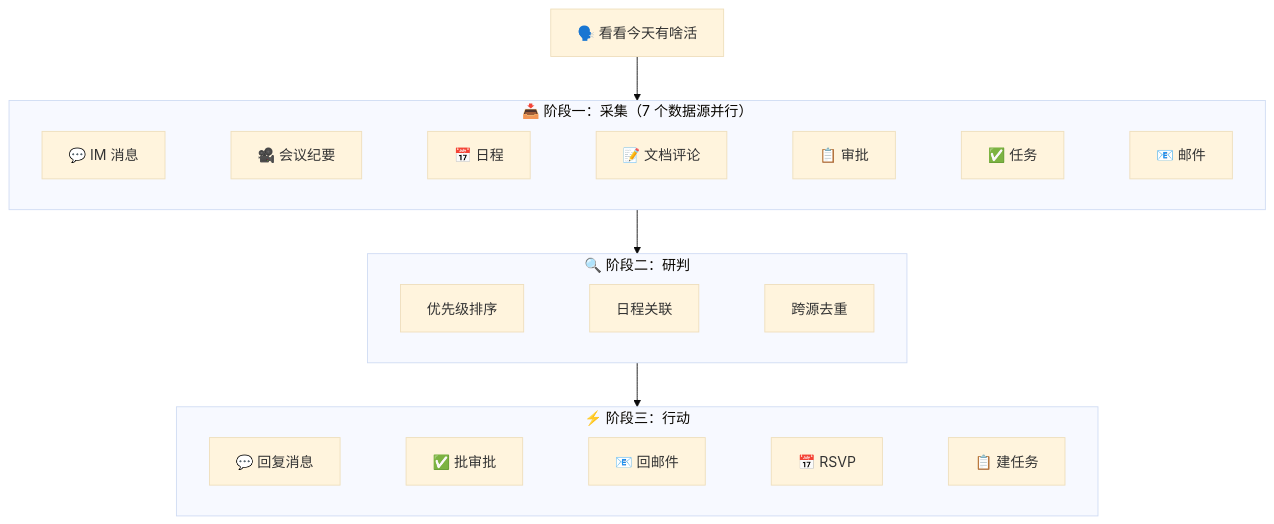
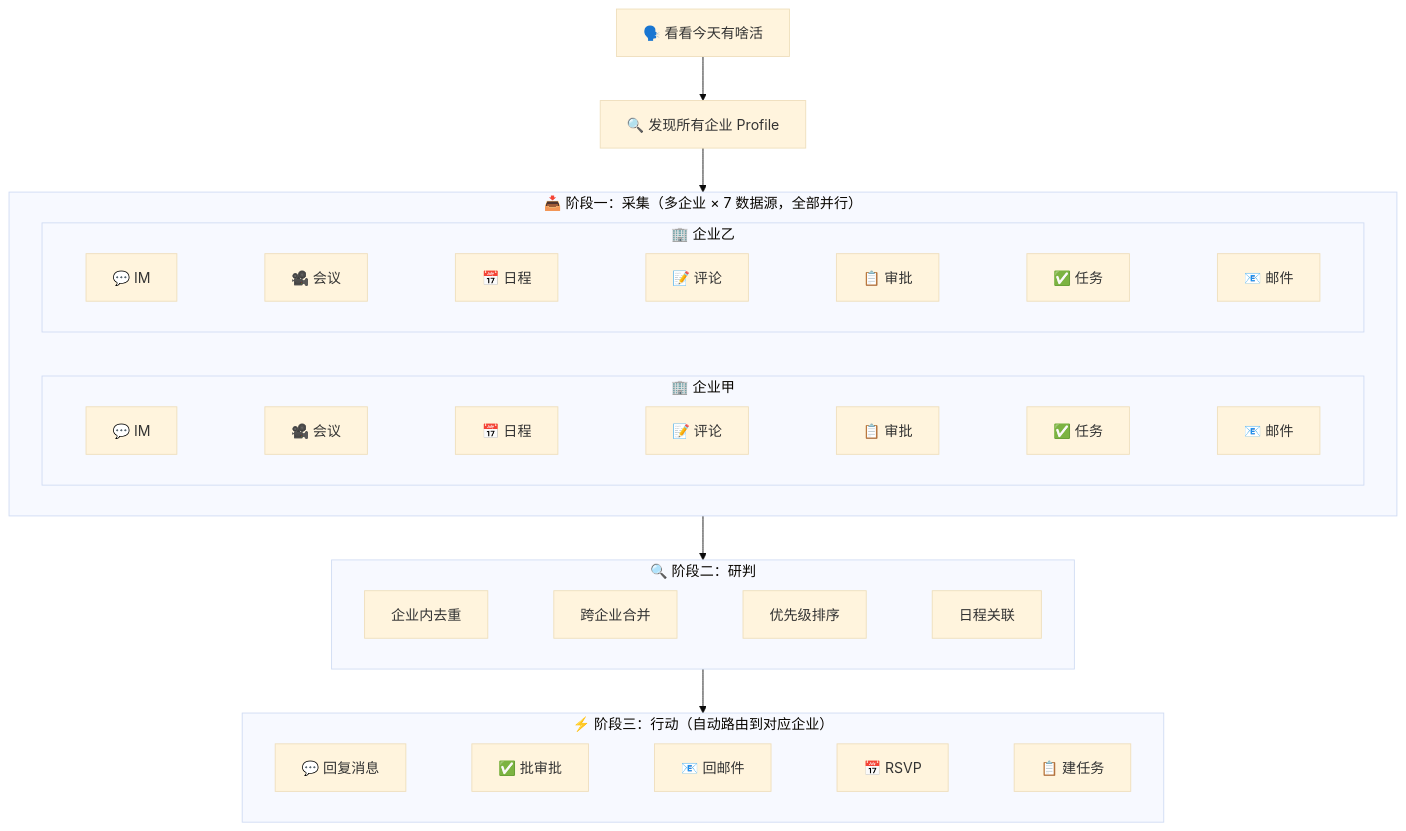
The diagram in README.md (autumnseasonism/lark-todo-skill), drawn with Mermaid (base theme) before and after one commit. The commit also changed other lines of this file and 1 other file, not shown here.

First line of the commit message:
docs: make multi-org feature prominent in README above the fold

````diff
--- a/README.md
+++ b/README.md
@@ -75,23 +82,32 @@
 ```mermaid
 flowchart TB
-    User["🗣️ 看看今天有啥活"] --> Collect
+    User["🗣️ 看看今天有啥活"] --> Discover
 
-    subgraph Collect["📥 阶段一：采集（7 个数据源并行）"]
+    Discover["🔍 发现所有企业 Profile"] --> Collect
+
+    subgraph Collect["📥 阶段一：采集（多企业 × 7 数据源，全部并行）"]
         direction LR
-        C1["💬 IM 消息"] ~~~ C2["🎥 会议纪要"] ~~~ C3["📅 日程"] ~~~ C4["📝 文档评论"] ~~~ C5["📋 审批"] ~~~ C6["✅ 任务"] ~~~ C7["📧 邮件"]
+        subgraph OrgA["🏢 企业甲"]
+            direction LR
+            C1["💬 IM"] ~~~ C2["🎥 会议"] ~~~ C3["📅 日程"] ~~~ C4["📝 评论"] ~~~ C5["📋 审批"] ~~~ C6["✅ 任务"] ~~~ C7["📧 邮件"]
+        end
+        subgraph OrgB["🏢 企业乙"]
+            direction LR
+            D1["💬 IM"] ~~~ D2["🎥 会议"] ~~~ D3["📅 日程"] ~~~ D4["📝 评论"] ~~~ D5["📋 审批"] ~~~ D6["✅ 任务"] ~~~ D7["📧 邮件"]
+        end
     end
 
     Collect --> Analyze
 
     subgraph Analyze["🔍 阶段二：研判"]
         direction LR
-        A1["优先级排序"] ~~~ A2["日程关联"] ~~~ A3["跨源去重"]
+        A1["企业内去重"] ~~~ A2["跨企业合并"] ~~~ A3["优先级排序"] ~~~ A4["日程关联"]
     end
 
     Analyze --> Action
 
-    subgraph Action["⚡ 阶段三：行动"]
+    subgraph Action["⚡ 阶段三：行动（自动路由到对应企业）"]
         direction LR
         O1["💬 回复消息"] ~~~ O2["✅ 批审批"] ~~~ O3["📧 回邮件"] ~~~ O4["📅 RSVP"] ~~~ O5["📋 建任务"]
     end
 ```
````
